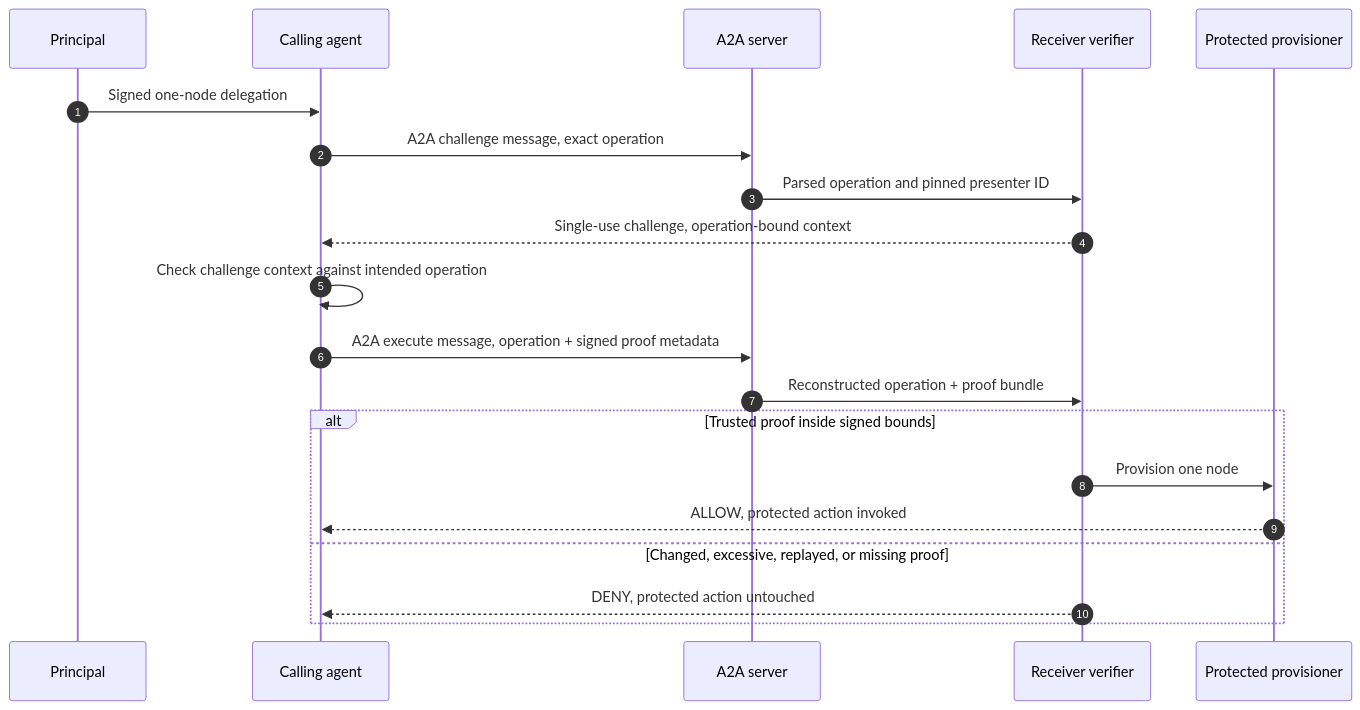
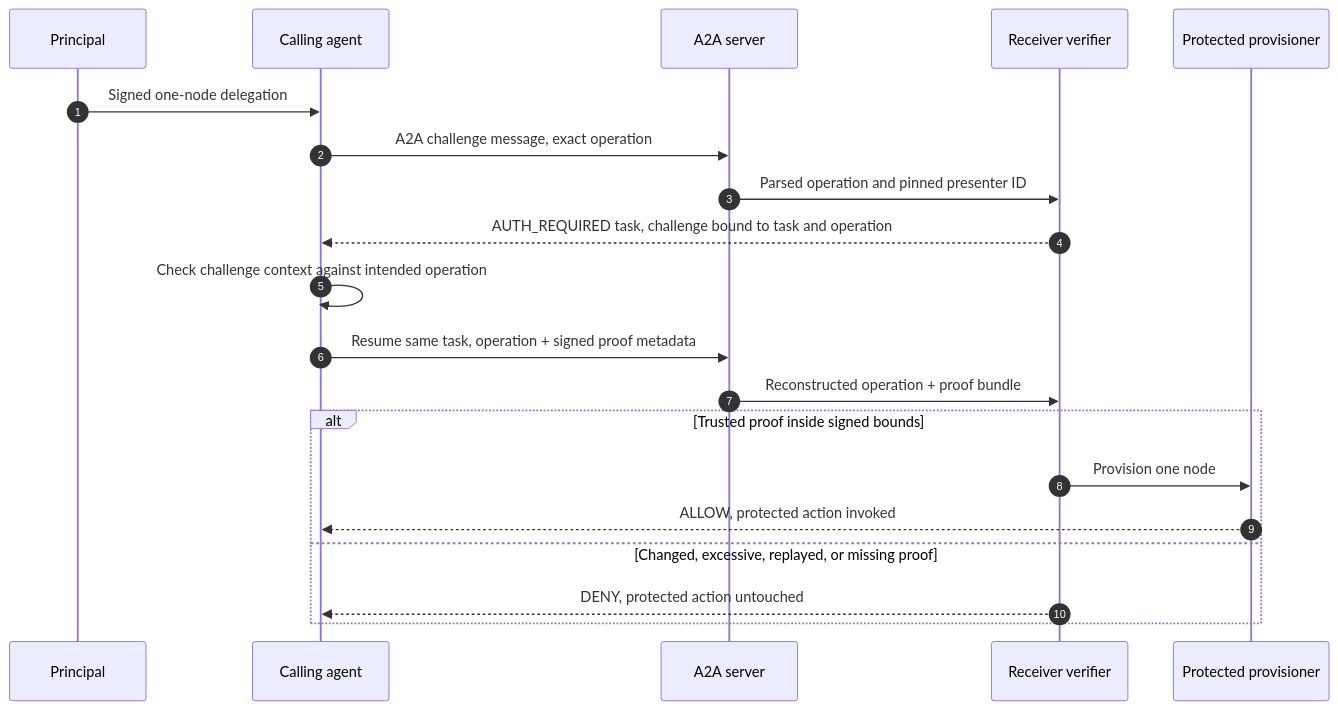
The second of 2 diagrams in references/a2a/README.md (identities-ai/ratify-protocol), drawn with Mermaid before and after one commit. The commit also changed other lines of this file and 9 other files, not shown here.

````diff
--- a/references/a2a/README.md
+++ b/references/a2a/README.md
@@ -67,22 +67,22 @@
 ```mermaid
 sequenceDiagram
     autonumber
     participant P as Principal
     participant C as Calling agent
     participant A as A2A server
     participant R as Receiver verifier
     participant T as Protected provisioner
     P->>C: Signed one-node delegation
     C->>A: A2A challenge message, exact operation
     A->>R: Parsed operation and pinned presenter ID
-    R-->>C: Single-use challenge, operation-bound context
+    R-->>C: AUTH_REQUIRED task, challenge bound to task and operation
     C->>C: Check challenge context against intended operation
-    C->>A: A2A execute message, operation + signed proof metadata
+    C->>A: Resume same task, operation + signed proof metadata
     A->>R: Reconstructed operation + proof bundle
     alt Trusted proof inside signed bounds
         R->>T: Provision one node
         T-->>C: ALLOW, protected action invoked
     else Changed, excessive, replayed, or missing proof
         R-->>C: DENY, protected action untouched
     end
 ```
````
